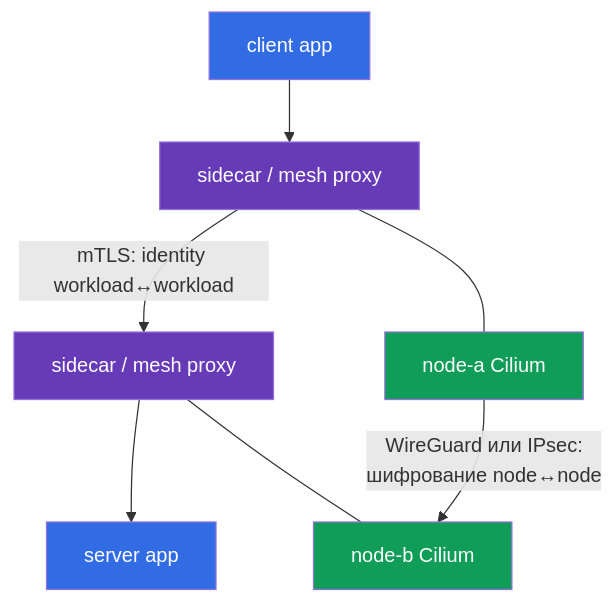
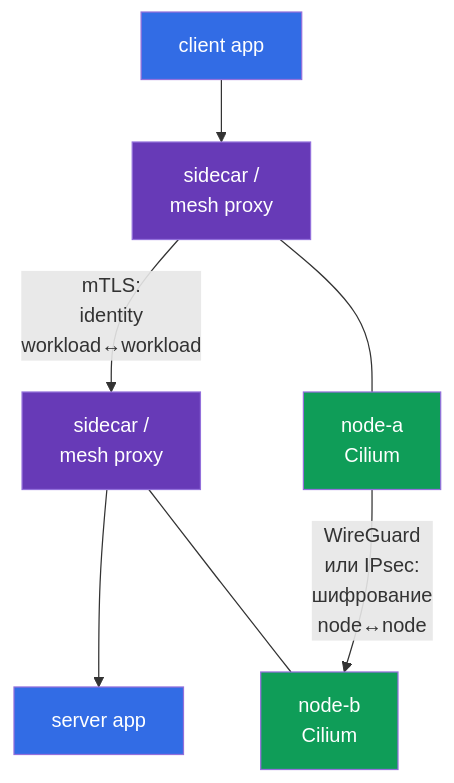
One commit to ViktorUJ/cks changed the first of 3 diagrams in tasks/cks/course/23/ru.md. Above: the diagram before and after it, drawn with Mermaid. The commit also changed other lines of this file and 6 other files, not shown here.

````diff
--- a/tasks/cks/course/23/ru.md
+++ b/tasks/cks/course/23/ru.md
@@ -40,15 +40,15 @@
 ```mermaid
 flowchart TB
-    appa["client app"] --> pa["sidecar / mesh proxy"]
-    pa -->|"mTLS: identity workload↔workload"| pb["sidecar / mesh proxy"]
+    appa["client app"] --> pa["sidecar /<br/>mesh proxy"]
+    pa -->|"mTLS:<br/>identity<br/>workload↔workload"| pb["sidecar /<br/>mesh proxy"]
     pb --> appb["server app"]
-    na["node-a Cilium"] -->|"WireGuard или IPsec:<br/>шифрование node↔node"| nb["node-b Cilium"]
+    na["node-a<br/>Cilium"] -->|"WireGuard<br/>или IPsec:<br/>шифрование<br/>node↔node"| nb["node-b<br/>Cilium"]
     pa --- na
     pb --- nb
     style appa fill:#326ce5,color:#fff
     style appb fill:#326ce5,color:#fff
     style pa fill:#673ab7,color:#fff
     style pb fill:#673ab7,color:#fff
     style na fill:#0f9d58,color:#fff
     style nb fill:#0f9d58,color:#fff
 ```
````
